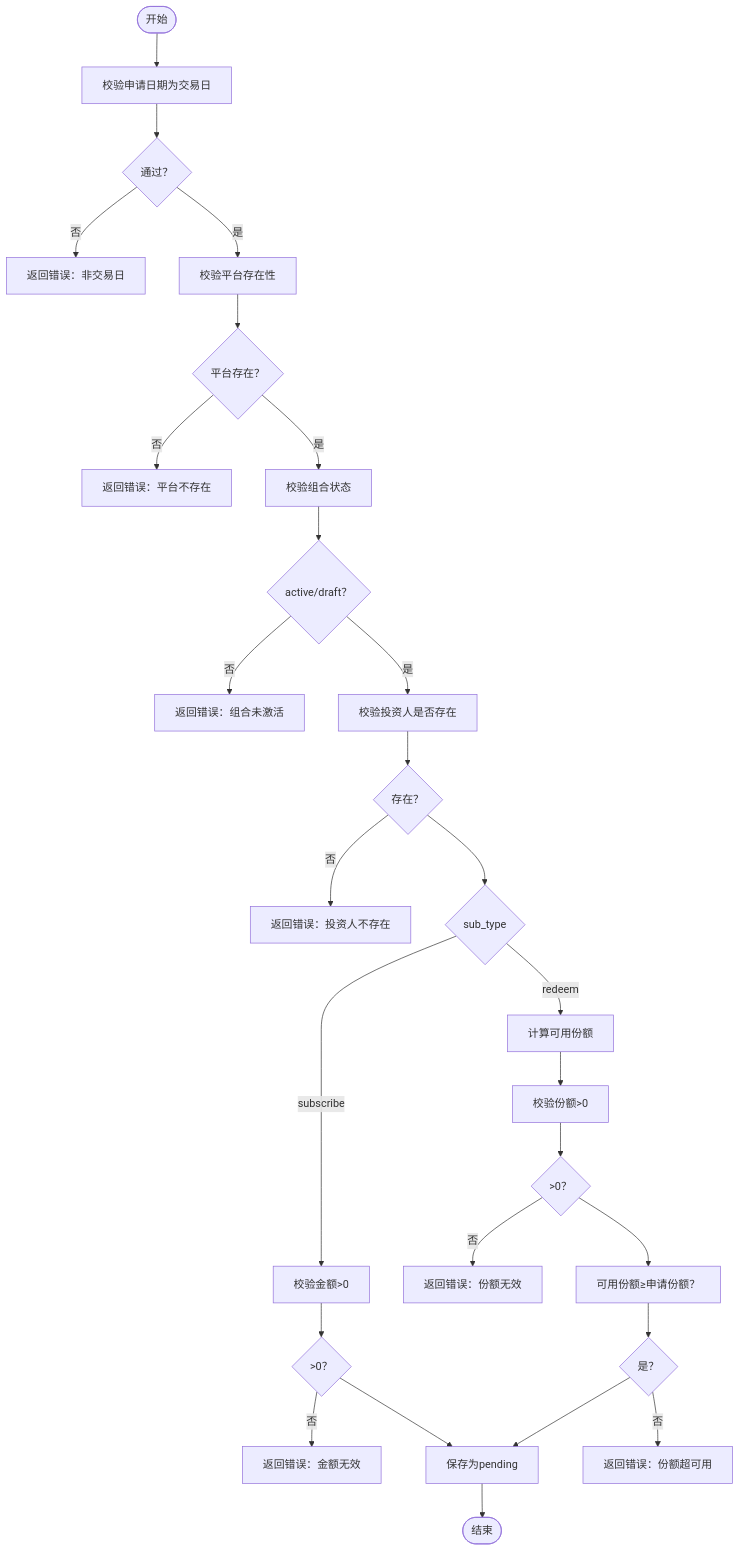
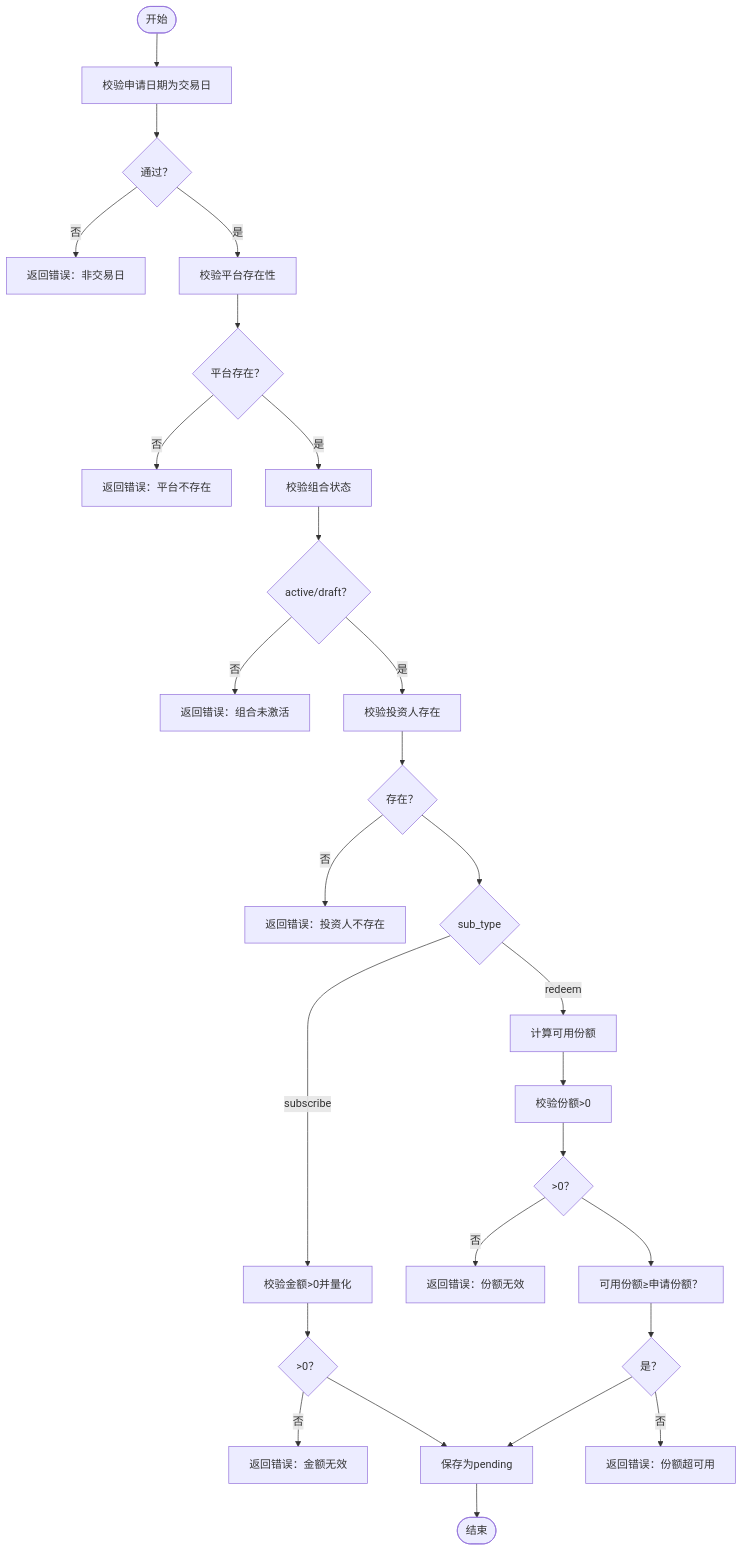
Before and after one commit to gujialind/InvestRing: the fourth of 8 diagrams in .qoder/repowiki/zh/content/后端API文档/申购赎回API.md, drawn with Mermaid. The commit also changed other lines of this file and 65 other files, not shown here.

````diff
--- a/.qoder/repowiki/zh/content/后端API文档/申购赎回API.md
+++ b/.qoder/repowiki/zh/content/后端API文档/申购赎回API.md
@@ -277,29 +268,29 @@
 ```mermaid
 flowchart TD
 Start(["开始"]) --> CheckApplyDate["校验申请日期为交易日"]
 CheckApplyDate --> ApplyDateOK{"通过？"}
 ApplyDateOK --> |否| Err1["返回错误：非交易日"]
 ApplyDateOK --> |是| CheckPlatform["校验平台存在性"]
 CheckPlatform --> PlatformOK{"平台存在？"}
 PlatformOK --> |否| ErrP["返回错误：平台不存在"]
 PlatformOK --> |是| CheckPortfolio["校验组合状态"]
 CheckPortfolio --> PortfolioOK{"active/draft？"}
 PortfolioOK --> |否| Err2["返回错误：组合未激活"]
-PortfolioOK --> |是| CheckInvestor["校验投资人是否存在"]
+PortfolioOK --> |是| CheckInvestor["校验投资人存在"]
 CheckInvestor --> InvestorOK{"存在？"}
 InvestorOK --> |否| Err3["返回错误：投资人不存在"]
 InvestorOK --> SubType{"sub_type"}
-SubType --> |subscribe| CheckAmount["校验金额>0"]
+SubType --> |subscribe| CheckAmount["校验金额>0并量化"]
 SubType --> |redeem| CalcAvailable["计算可用份额"]
 CheckAmount --> AmountOK{">0？"}
 AmountOK --> |否| Err4["返回错误：金额无效"]
 AmountOK --> SavePending["保存为pending"]
 CalcAvailable --> CheckShares["校验份额>0"]
 CheckShares --> SharesOK{">0？"}
 SharesOK --> |否| Err5["返回错误：份额无效"]
 SharesOK --> CheckAvail["可用份额≥申请份额？"]
 CheckAvail --> AvailOK{"是？"}
 AvailOK --> |否| Err6["返回错误：份额超可用"]
 AvailOK --> SavePending
 SavePending --> End(["结束"])
 ```
````
